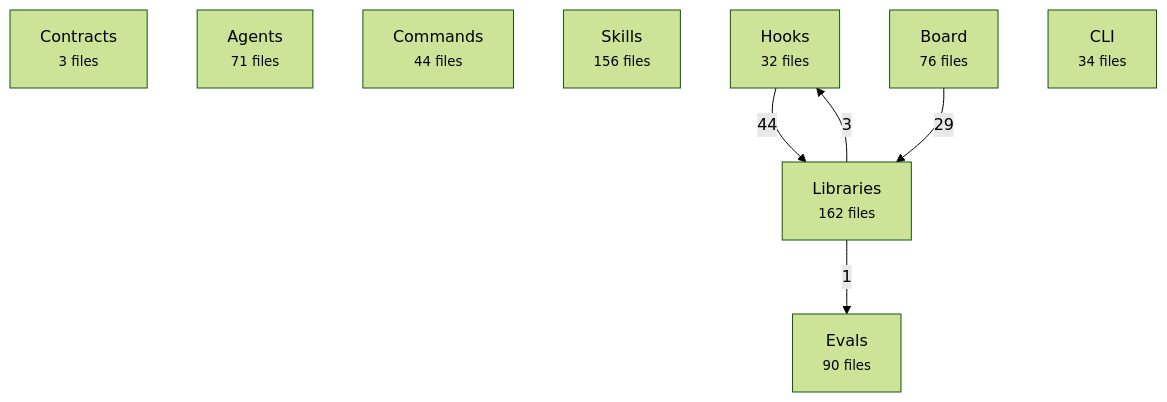
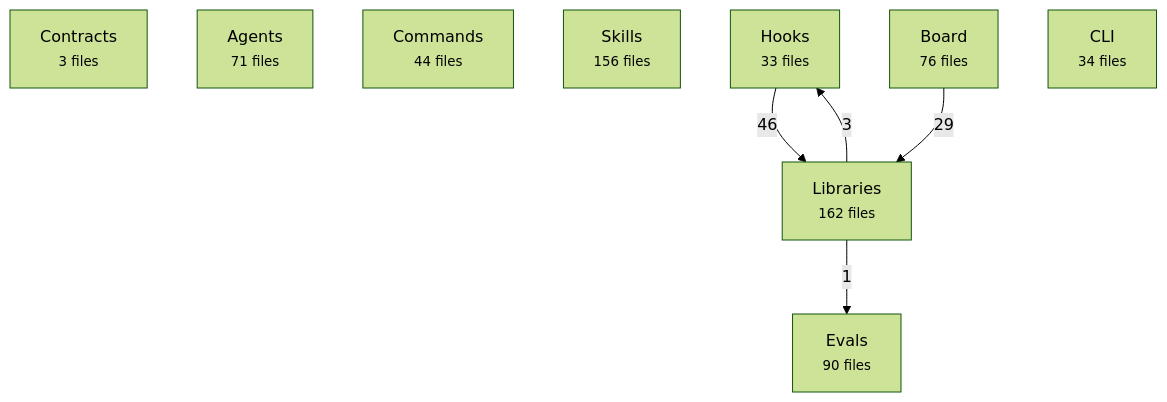
One commit to avelikiy/great_cto changed the first of 2 diagrams in docs/reference/architecture-map.md. Above: the diagram before and after it, drawn with Mermaid (forest theme). The commit also changed other lines of this file and 3 other files, not shown here.

````diff
--- a/docs/reference/architecture-map.md
+++ b/docs/reference/architecture-map.md
@@ -20,16 +20,16 @@
 ```mermaid
 flowchart TD
   contracts["Contracts<br/><small>3 files</small>"]
   agents["Agents<br/><small>71 files</small>"]
   commands["Commands<br/><small>44 files</small>"]
   skills["Skills<br/><small>156 files</small>"]
-  hooks["Hooks<br/><small>32 files</small>"]
+  hooks["Hooks<br/><small>33 files</small>"]
   libs["Libraries<br/><small>162 files</small>"]
   board["Board<br/><small>76 files</small>"]
   cli["CLI<br/><small>34 files</small>"]
   evals["Evals<br/><small>90 files</small>"]
-  hooks -->|44| libs
+  hooks -->|46| libs
   board -->|29| libs
   libs -->|3| hooks
   libs -->|1| evals
 ```
````
